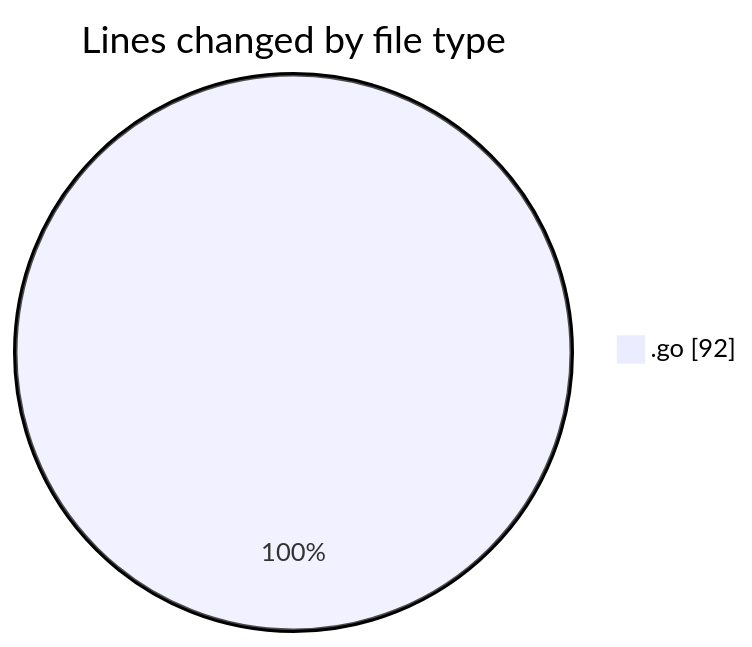
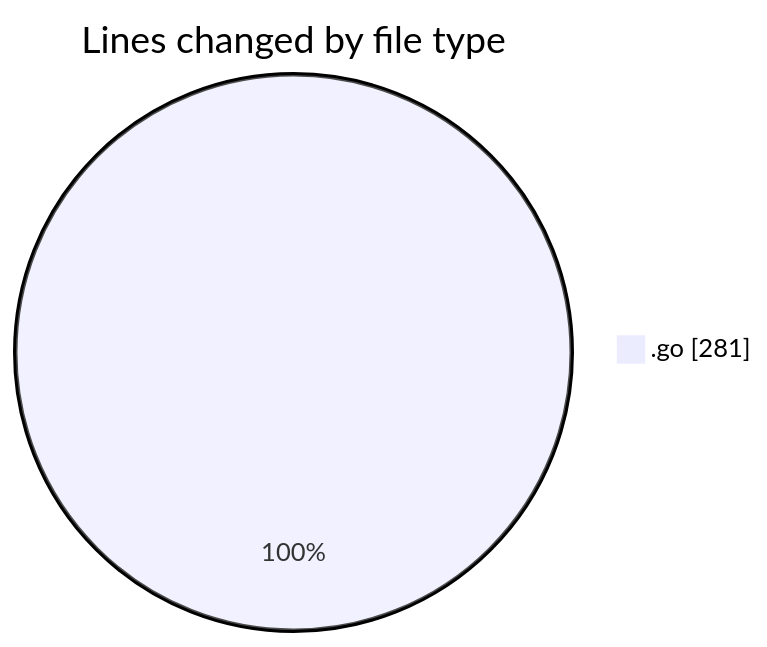
One commit to Ritupan-Deka/code-tracking changed the first of 2 diagrams in 2025-10-31/backend/README.md. Above: the diagram before and after it, drawn with Mermaid. The commit also changed other lines of this file and 1 other file, not shown here.

````diff
--- a/2025-10-31/backend/README.md
+++ b/2025-10-31/backend/README.md
@@ -22,5 +24,5 @@
 ```mermaid
 pie showData
 title Lines changed by file type
-".go" : 92
+".go" : 281
 ```
````
